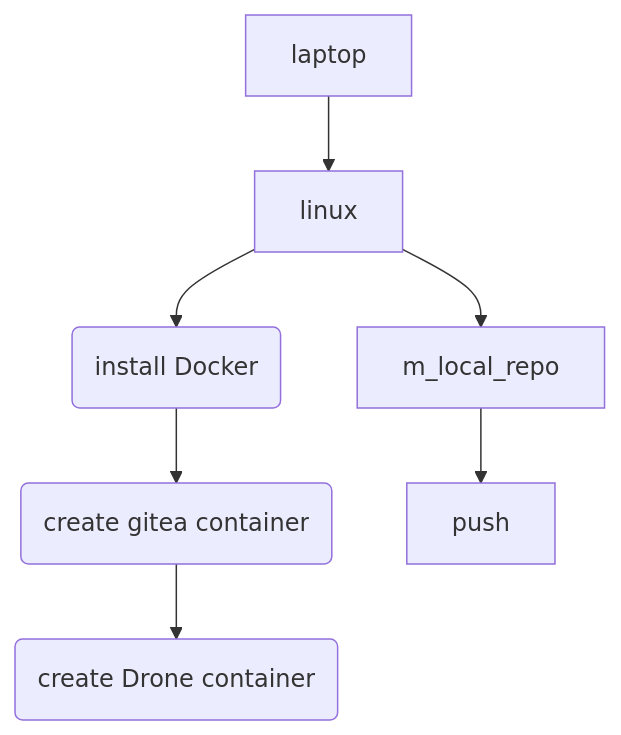
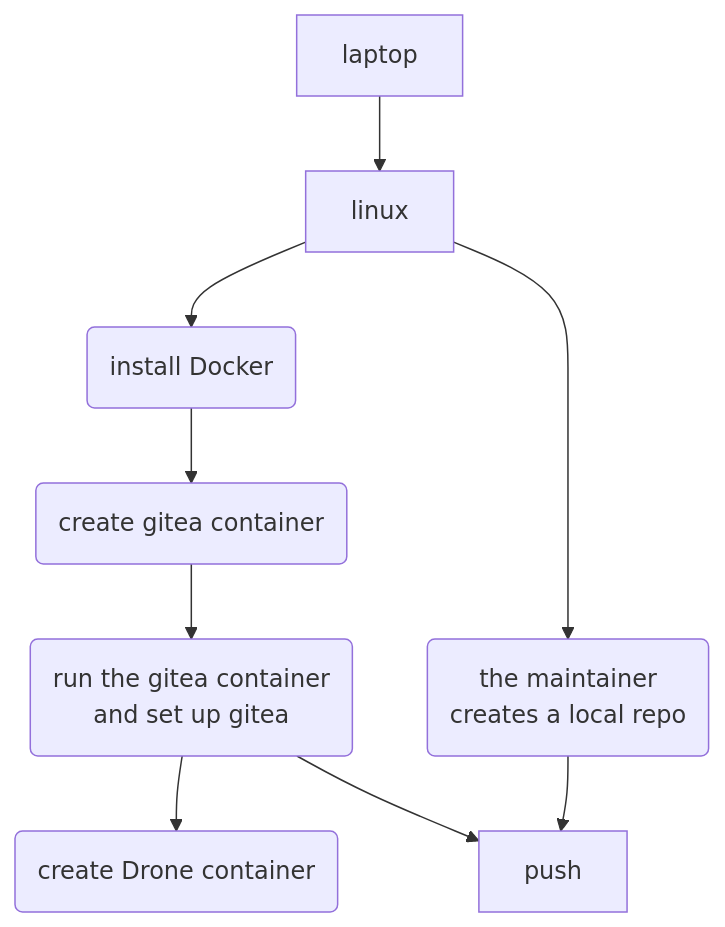
The diagram in selfhosted_cicd.md (cardinal-II/learn-it-dev-with-diagrams), drawn with Mermaid before and after one commit.

````diff
--- a/selfhosted_cicd.md
+++ b/selfhosted_cicd.md
@@ -1,8 +1,15 @@
 ```mermaid
 graph TD;
-laptop-->linux-->docker --> gitea --> drone;
+laptop-->linux-->docker --> gitea -->setup_gitea --> drone;
 linux-->m_local_repo-->push
+setup_gitea-->push
+
+
 docker(install Docker);
 gitea(create gitea container);
 drone(create Drone container);
+setup_gitea("run the gitea container
+  and set up gitea");
+m_local_repo("the maintainer
+  creates a local repo");
 ```
````
